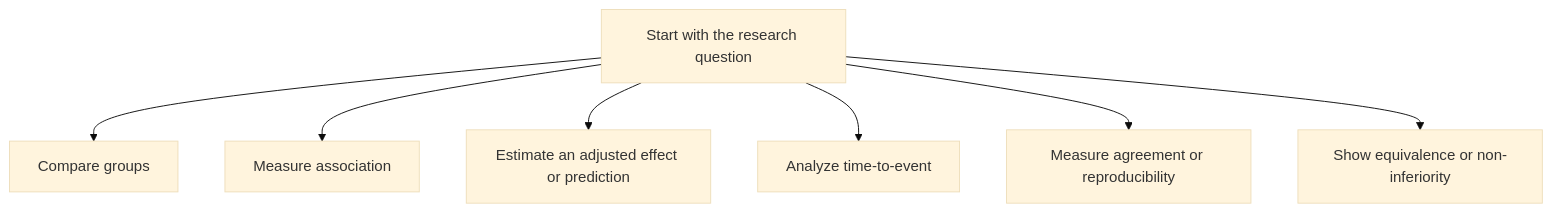
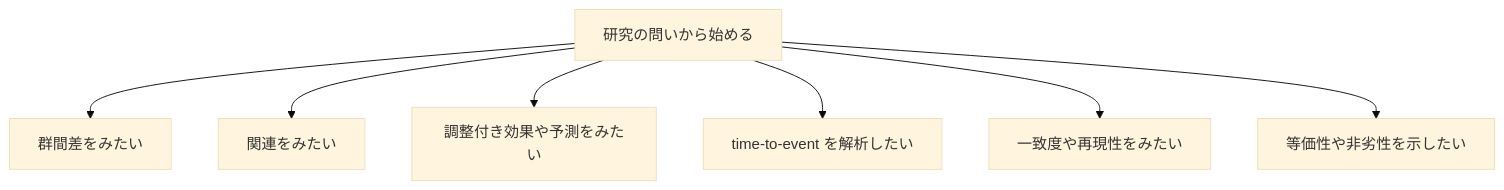
One commit to dai540/statsguider changed the first of 2 diagrams in vignettes/ja-branching.Rmd. Above: the diagram before and after it, drawn with Mermaid (base theme). The commit also changed other lines of this file and 8 other files, not shown here.

````diff
--- a/vignettes/ja-branching.Rmd
+++ b/vignettes/ja-branching.Rmd
@@ -12,9 +12,9 @@
 ```mermaid
 flowchart TD
-    A["Start with the research question"] --> B["Compare groups"]
-    A --> C["Measure association"]
-    A --> D["Estimate an adjusted effect or prediction"]
-    A --> E["Analyze time-to-event"]
-    A --> F["Measure agreement or reproducibility"]
-    A --> G["Show equivalence or non-inferiority"]
+    A["研究の問いから始める"] --> B["群間差をみたい"]
+    A --> C["関連をみたい"]
+    A --> D["調整付き効果や予測をみたい"]
+    A --> E["time-to-event を解析したい"]
+    A --> F["一致度や再現性をみたい"]
+    A --> G["等価性や非劣性を示したい"]
 ```
````
